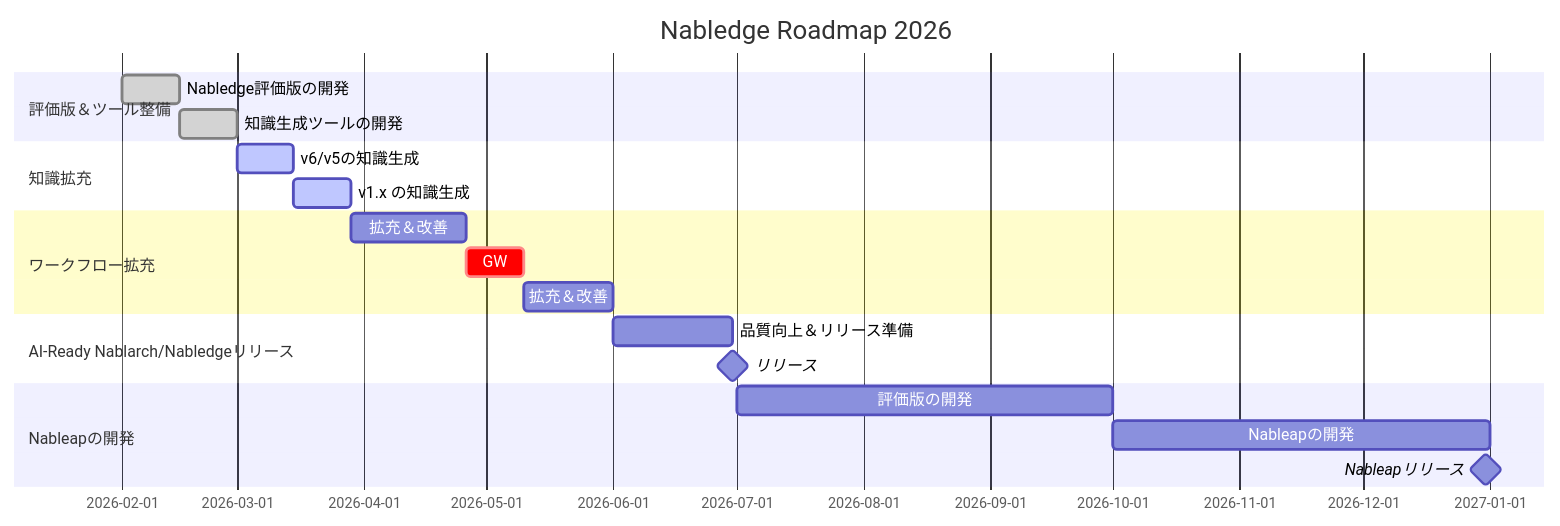
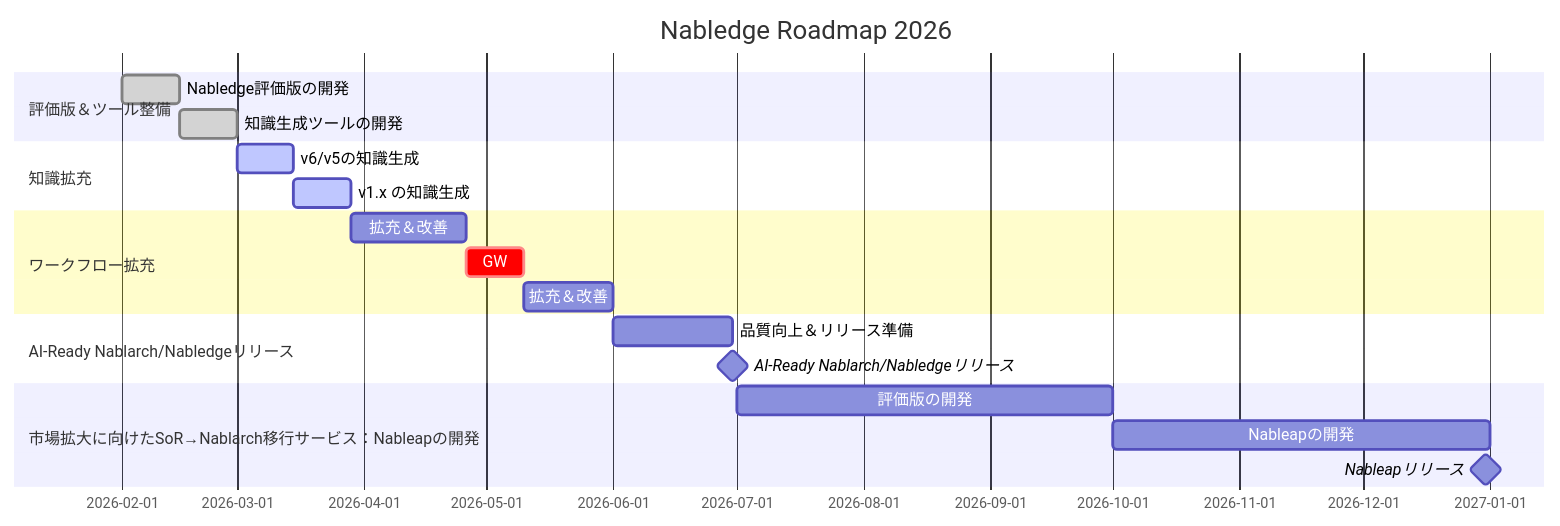
Before and after one commit to nablarch/nabledge-dev: the diagram in doc/development-status.md, drawn with Mermaid. The commit also changed other lines of this file, not shown here.

First line of the commit message:
Clean up roadmap: remove bullet points, use full phase names

````diff
--- a/doc/development-status.md
+++ b/doc/development-status.md
@@ -19,27 +19,27 @@
 ```mermaid
 gantt
     title Nabledge Roadmap 2026
     dateFormat YYYY-MM-DD
 
     section 評価版＆ツール整備
     Nabledge評価版の開発      :done, 2026-02-01, 14d
     知識生成ツールの開発      :done, 2026-02-15, 14d
 
     section 知識拡充
     v6/v5の知識生成          :active, 2026-03-01, 14d
     v1.x の知識生成          :active, 2026-03-15, 14d
 
     section ワークフロー拡充
     拡充＆改善               :2026-03-29, 28d
     GW                      :crit, 2026-04-26, 14d
     拡充＆改善               :2026-05-10, 22d
 
     section AI-Ready Nablarch/Nabledgeリリース
-    品質向上＆リリース準備     :2026-06-01, 29d
-    リリース                 :milestone, 2026-06-30, 0d
+    品質向上＆リリース準備                     :2026-06-01, 29d
+    AI-Ready Nablarch/Nabledgeリリース       :milestone, 2026-06-30, 0d
 
-    section Nableapの開発
+    section 市場拡大に向けたSoR→Nablarch移行サービス：Nableapの開発
     評価版の開発             :2026-07-01, 3M
     Nableapの開発           :2026-10-01, 3M
     Nableapリリース          :milestone, 2026-12-31, 0d
 ```
````
